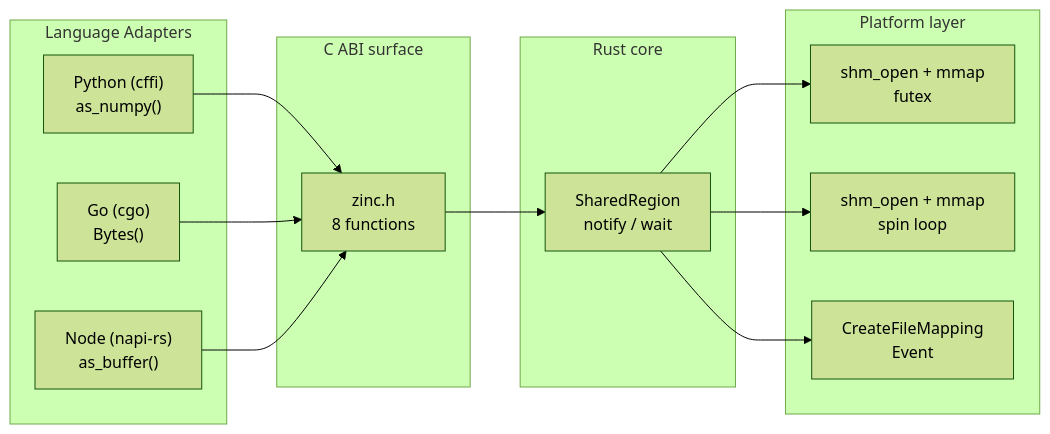
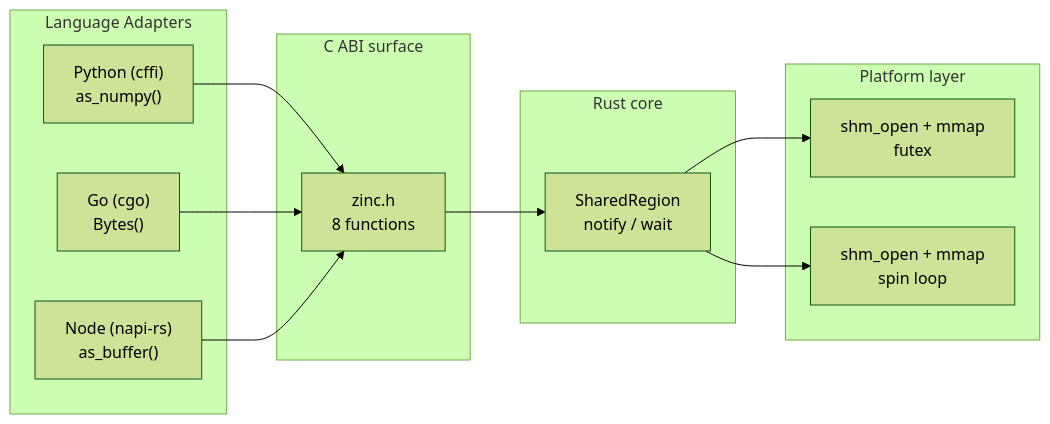
One commit to ossl-dev/zinc changed the diagram in docs/index.mdx. Above: the diagram before and after it, drawn with Mermaid (forest theme). The commit also changed other lines of this file and 30 other files, not shown here.

````diff
--- a/docs/index.mdx
+++ b/docs/index.mdx
@@ -24,30 +24,28 @@
 ```mermaid
 flowchart LR
     subgraph Adapters["Language Adapters"]
         Py["Python (cffi)\nas_numpy()"]
         Go["Go (cgo)\nBytes()"]
         Node["Node (napi-rs)\nas_buffer()"]
     end
 
     subgraph CAbi["C ABI surface"]
         C["zinc.h\n8 functions"]
     end
 
     subgraph Core["Rust core"]
         Rust["SharedRegion\nnotify / wait"]
     end
 
     subgraph Platform["Platform layer"]
         Linux["shm_open + mmap\nfutex"]
         Mac["shm_open + mmap\nspin loop"]
-        Win["CreateFileMapping\nEvent"]
     end
 
     Py --> C
     Go --> C
     Node --> C
     C --> Rust
     Rust --> Linux
     Rust --> Mac
-    Rust --> Win
 ```
````
